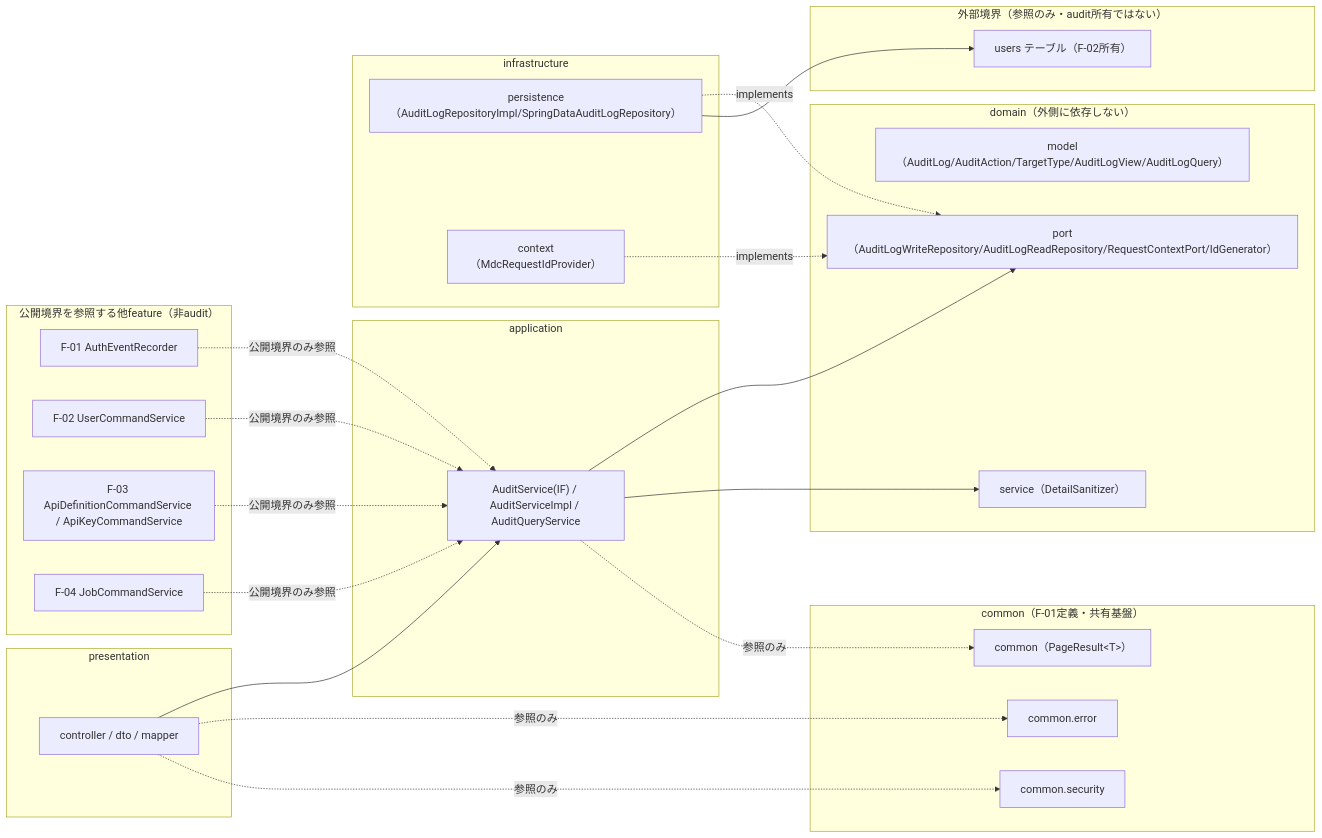
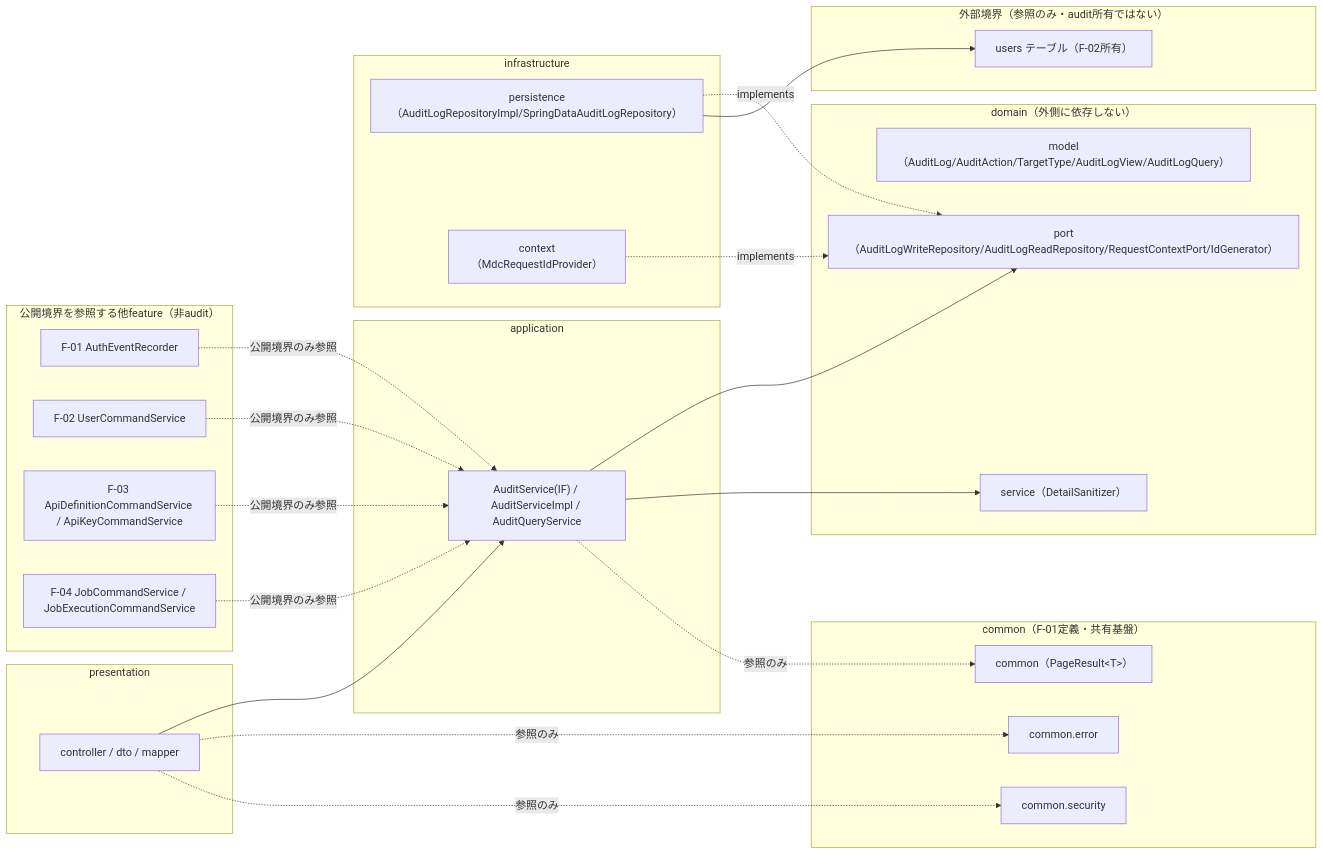
Before and after one commit to ryohei-sumii/ForgeHub: the first of 9 diagrams in docs/design/class/f-05-audit-log-backend-class.md, drawn with Mermaid. The commit also changed other lines of this file, not shown here.

````diff
--- a/docs/design/class/f-05-audit-log-backend-class.md
+++ b/docs/design/class/f-05-audit-log-backend-class.md
@@ -58,47 +59,47 @@
 ```mermaid
 flowchart LR
     subgraph Presentation["presentation"]
         PC["controller / dto / mapper"]
     end
     subgraph Application["application"]
         AS["AuditService(IF) / AuditServiceImpl / AuditQueryService"]
     end
     subgraph Domain["domain（外側に依存しない）"]
         DM["model（AuditLog/AuditAction/TargetType/AuditLogView/AuditLogQuery）"]
         DP["port（AuditLogWriteRepository/AuditLogReadRepository/RequestContextPort/IdGenerator）"]
         DS["service（DetailSanitizer）"]
     end
     subgraph Infrastructure["infrastructure"]
         IP["persistence（AuditLogRepositoryImpl/SpringDataAuditLogRepository）"]
         ICtx["context（MdcRequestIdProvider）"]
     end
     subgraph Common["common（F-01定義・共有基盤）"]
         CE["common.error"]
         CS["common.security"]
         CP["common（PageResult&lt;T&gt;）"]
     end
     subgraph External["外部境界（参照のみ・audit所有ではない）"]
         Users["users テーブル（F-02所有）"]
     end
     subgraph Producers["公開境界を参照する他feature（非audit）"]
         F01["F-01 AuthEventRecorder"]
         F02["F-02 UserCommandService"]
         F03["F-03 ApiDefinitionCommandService / ApiKeyCommandService"]
-        F04["F-04 JobCommandService"]
+        F04["F-04 JobCommandService / JobExecutionCommandService"]
     end
 
     PC --> AS
     AS --> DP
     AS --> DS
     IP -. implements .-> DP
     ICtx -. implements .-> DP
     IP --> Users
     PC -.参照のみ.-> CE
     PC -.参照のみ.-> CS
     AS -.参照のみ.-> CP
 
     F01 -.公開境界のみ参照.-> AS
     F02 -.公開境界のみ参照.-> AS
     F03 -.公開境界のみ参照.-> AS
     F04 -.公開境界のみ参照.-> AS
 ```
````
